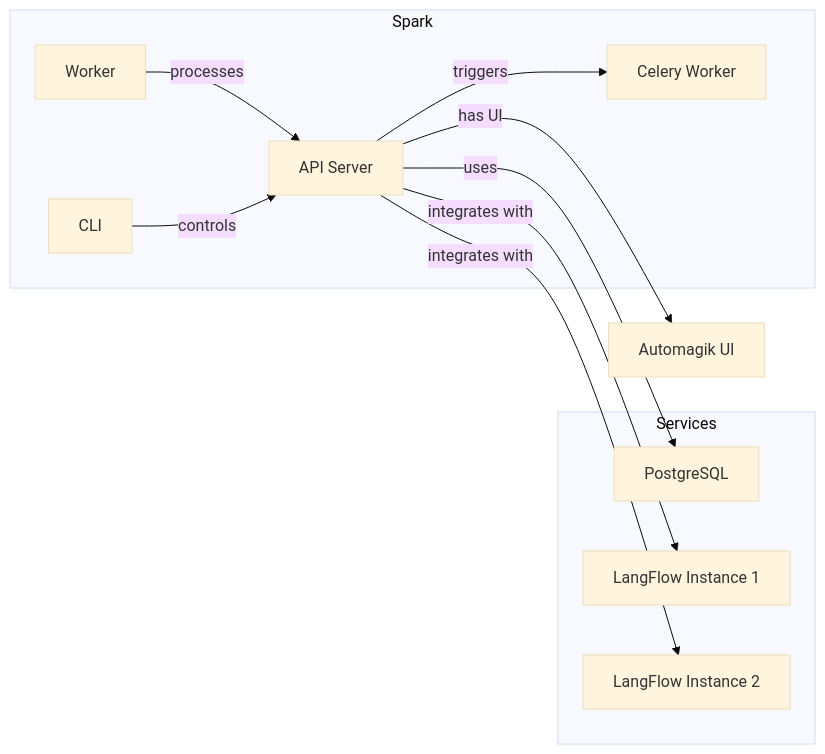
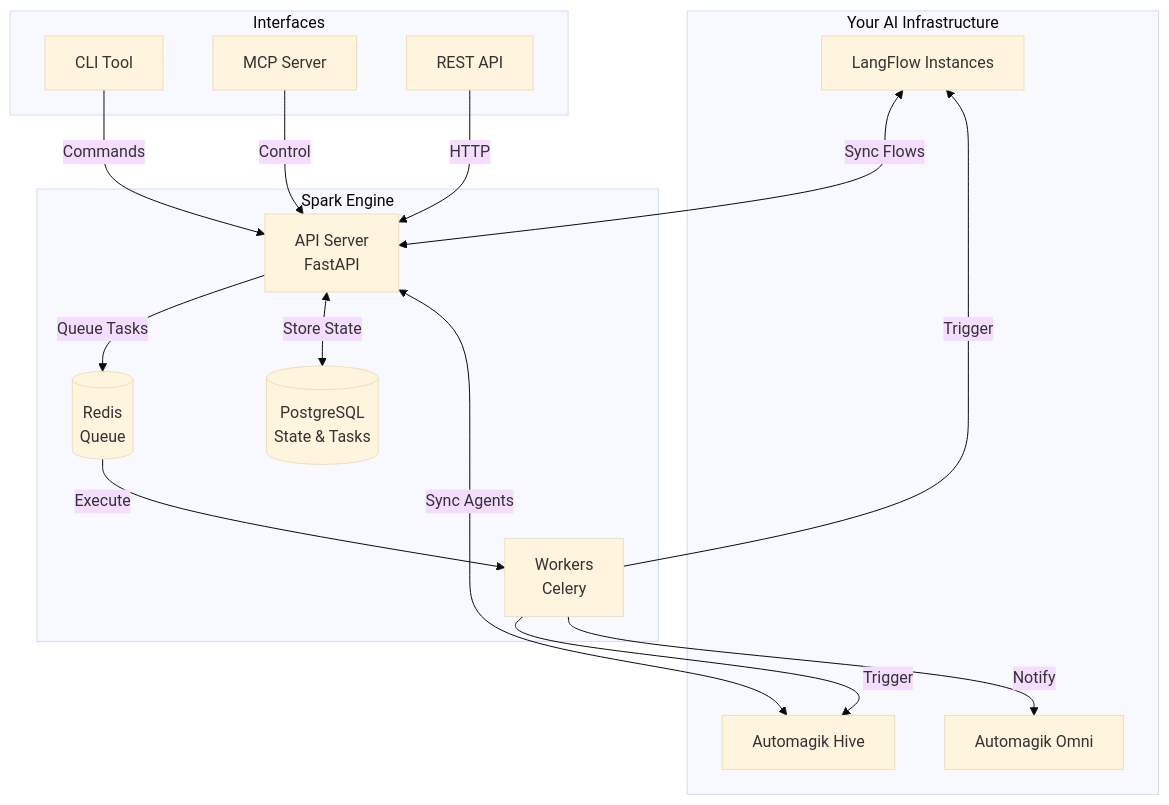
One commit to namastexlabs/automagik-spark changed the diagram in README.md. Above: the diagram before and after it, drawn with Mermaid (base theme). The commit also changed other lines of this file and 4 other files, not shown here.

````diff
--- a/README.md
+++ b/README.md
@@ -82,21 +109,33 @@
 ```mermaid
-flowchart LR
-    subgraph Services
-      DB[PostgreSQL]
-      LF1[LangFlow Instance 1]
-      LF2[LangFlow Instance 2]
+graph TB
+    subgraph "Your AI Infrastructure"
+        LF[LangFlow Instances]
+        HV[Automagik Hive]
+        OM[Automagik Omni]
     end
-    subgraph Spark
-      CLI[CLI]
-      API[API Server]
-      CW[Celery Worker]
-      W[Worker]
+
+    subgraph "Spark Engine"
+        API[API Server<br/>FastAPI]
+        WK[Workers<br/>Celery]
+        DB[(PostgreSQL<br/>State & Tasks)]
+        RD[(Redis<br/>Queue)]
     end
-    API -- uses --> DB
-    API -- triggers --> CW
-    W -- processes --> API
-    API -- integrates with --> LF1
-    API -- integrates with --> LF2
-    CLI -- controls --> API
-    API -- has UI --> UI[Automagik UI]
+
+    subgraph "Interfaces"
+        CLI[CLI Tool]
+        MCP[MCP Server]
+        REST[REST API]
+    end
+
+    LF <-->|Sync Flows| API
+    HV <-->|Sync Agents| API
+    API -->|Queue Tasks| RD
+    RD -->|Execute| WK
+    WK -->|Trigger| LF
+    WK -->|Trigger| HV
+    WK -->|Notify| OM
+    API <-->|Store State| DB
+    CLI -->|Commands| API
+    MCP -->|Control| API
+    REST -->|HTTP| API
 ```
````
